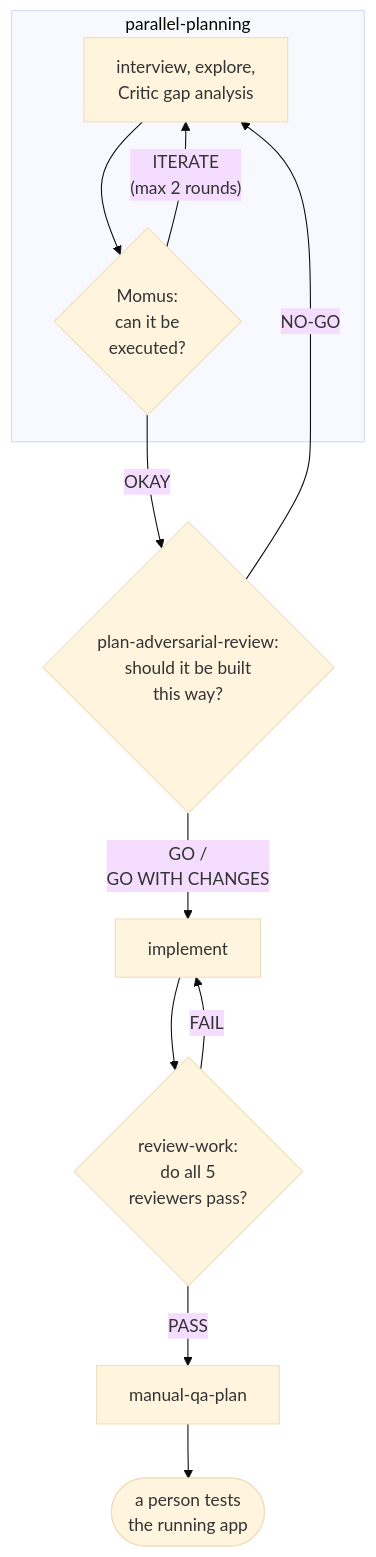
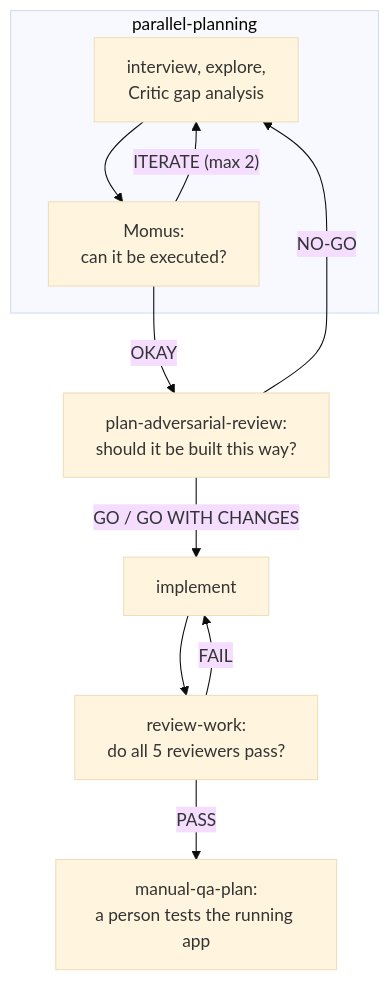
One commit to Ostico/Skills changed the diagram in README.md. Above: the diagram before and after it, drawn with Mermaid (base theme).

Commit message:
docs: drop the diamonds, which were what made the diagram huge
Top-down fixed the horizontal scroll but rendered enormous. The cause
was the decision shapes: mermaid sizes a rhombus so the text fits
inside the inscribed rectangle, so it scales in both dimensions at once
and multi-line text inflates it quadratically. Breaking the long gate
labels across three lines - the fix for the previous problem - is what
made them explode.

All nodes are plain rectangles now, which size tightly to their text.
The gates read as gates because their labels are questions rather than
because of their shape. The separate tester node is folded into the
manual-qa-plan label, so the diagram is six nodes instead of seven.

No verdict, loop, or stage was dropped; this is the same graph drawn
with cheaper shapes.

````diff
--- a/README.md
+++ b/README.md
@@ -33,17 +33,16 @@
 ```mermaid
 flowchart TD
     subgraph PP["parallel-planning"]
         PLAN["interview, explore,<br/>Critic gap analysis"]
-        MOMUS{"Momus:<br/>can it be<br/>executed?"}
+        MOMUS["Momus:<br/>can it be executed?"]
         PLAN --> MOMUS
-        MOMUS -->|"ITERATE<br/>(max 2 rounds)"| PLAN
+        MOMUS -->|"ITERATE (max 2)"| PLAN
     end
 
-    MOMUS -->|OKAY| PAR{"plan-adversarial-review:<br/>should it be built<br/>this way?"}
-    PAR -->|NO-GO| PLAN
-    PAR -->|"GO /<br/>GO WITH CHANGES"| IMPL["implement"]
-    IMPL --> RW{"review-work:<br/>do all 5<br/>reviewers pass?"}
-    RW -->|FAIL| IMPL
-    RW -->|PASS| QA["manual-qa-plan"]
-    QA --> TESTER(["a person tests<br/>the running app"])
+    MOMUS -->|OKAY| PAR["plan-adversarial-review:<br/>should it be built this way?"]
+    PAR -->|"NO-GO"| PLAN
+    PAR -->|"GO / GO WITH CHANGES"| IMPL["implement"]
+    IMPL --> RW["review-work:<br/>do all 5 reviewers pass?"]
+    RW -->|"FAIL"| IMPL
+    RW -->|"PASS"| QA["manual-qa-plan:<br/>a person tests the running app"]
 ```
````
